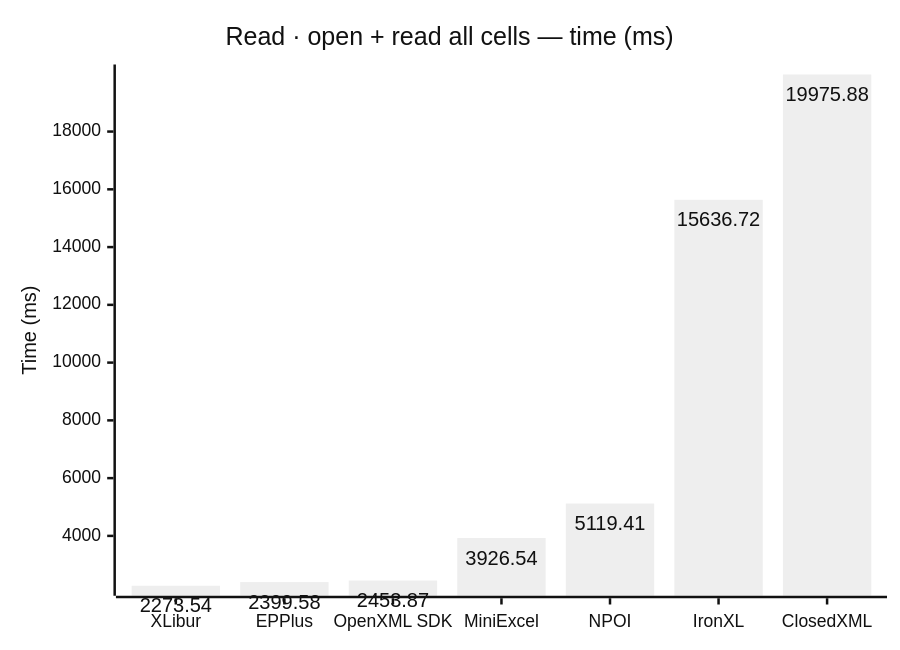
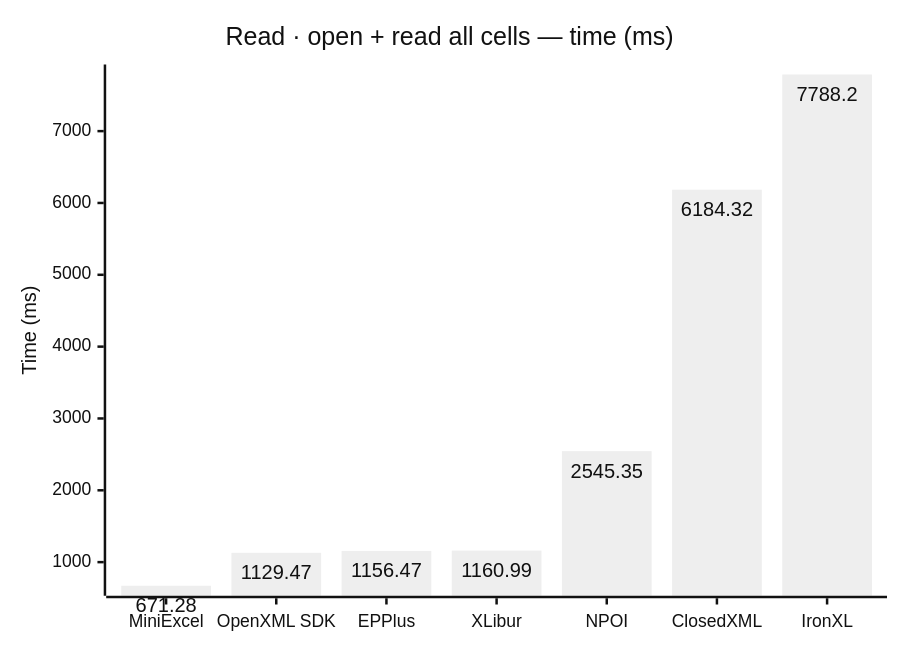
One commit to jafin/XLBench changed the third of 10 diagrams in docs/results.md. Above: the diagram before and after it, drawn with Mermaid (neutral theme). The commit also changed other lines of this file and 5 other files, not shown here.

````diff
--- a/docs/results.md
+++ b/docs/results.md
@@ -61,12 +61,12 @@
 ```mermaid
 ---
 config:
   xyChart:
     showDataLabel: true
 ---
 xychart-beta
     title "Read · open + read all cells — time (ms)"
-    x-axis ["XLibur", "EPPlus", "OpenXML SDK", "MiniExcel", "NPOI", "IronXL", "ClosedXML"]
+    x-axis ["MiniExcel", "OpenXML SDK", "EPPlus", "XLibur", "NPOI", "ClosedXML", "IronXL"]
     y-axis "Time (ms)"
-    bar [2273.54, 2399.58, 2453.87, 3926.54, 5119.41, 15636.72, 19975.88]
+    bar [671.28, 1129.47, 1156.47, 1160.99, 2545.35, 6184.32, 7788.2]
 ```
````
